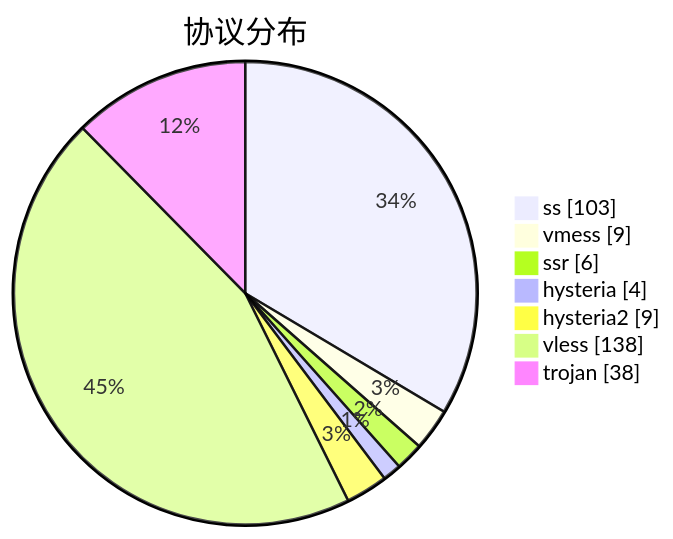
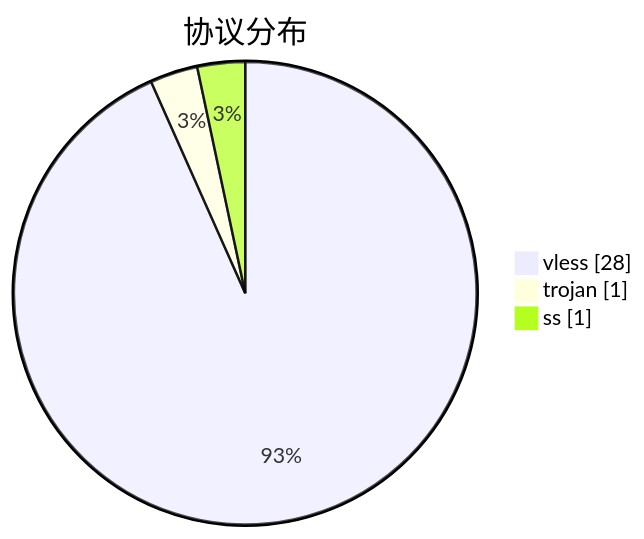
The third of 3 diagrams in subs/statistics/tested_within.md (sinspired/airport), drawn with Mermaid before and after one commit. The commit also changed other lines of this file and 2 other files, not shown here.

````diff
--- a/subs/statistics/tested_within.md
+++ b/subs/statistics/tested_within.md
@@ -42,11 +22,7 @@
 ```mermaid
 pie showData
 title 协议分布
-"ss" : 103
-"vmess" : 9
-"ssr" : 6
-"hysteria" : 4
-"hysteria2" : 9
-"vless" : 138
-"trojan" : 38
+"vless" : 28
+"trojan" : 1
+"ss" : 1
 ```
````
